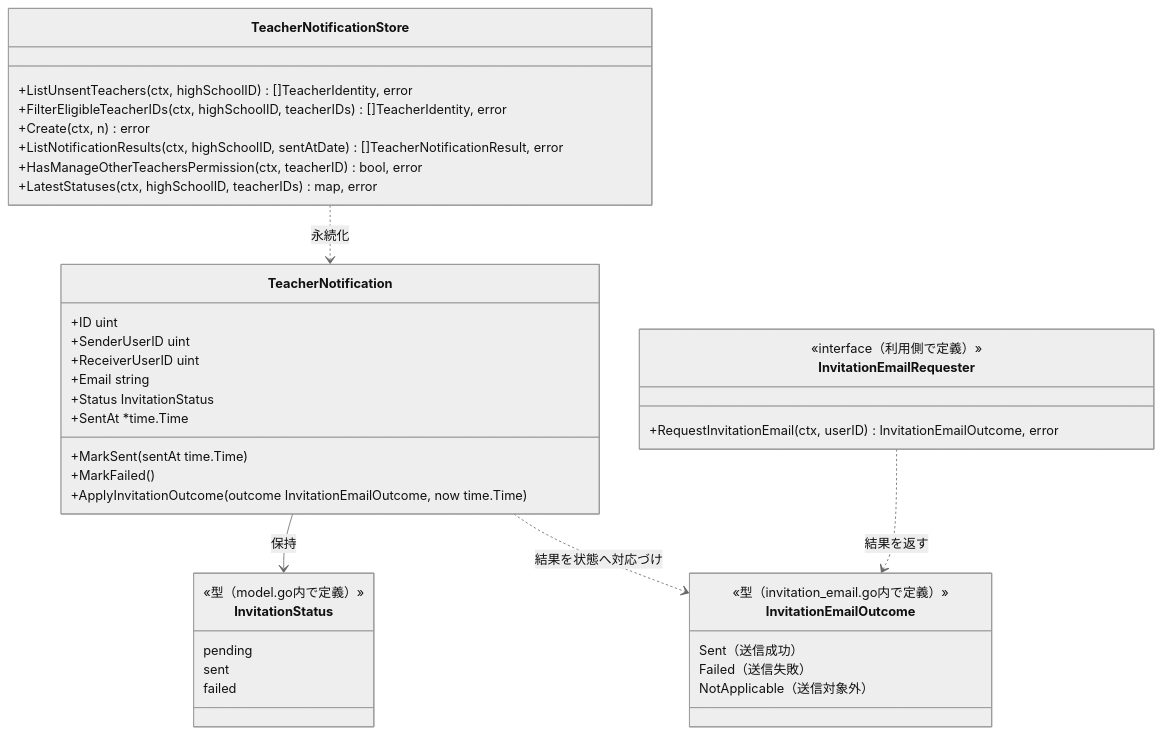
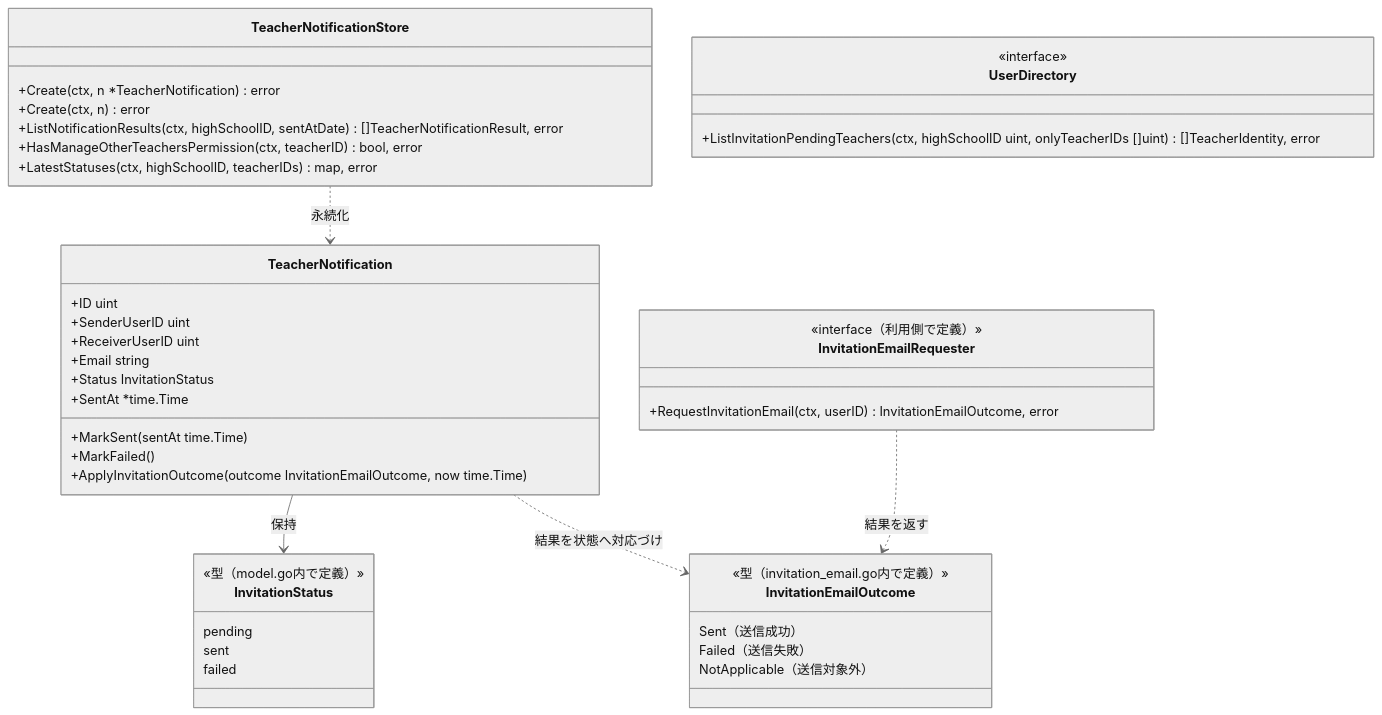
Before and after one commit to yuta20253/edu-platform-go-design: the first of 2 diagrams in 計画書/Go実装仕様書/教員招待通知機能_Go実装仕様書.md, drawn with Mermaid (neutral theme). The commit also changed other lines of this file and 3 other files, not shown here.

````diff
--- a/計画書/Go実装仕様書/教員招待通知機能_Go実装仕様書.md
+++ b/計画書/Go実装仕様書/教員招待通知機能_Go実装仕様書.md
@@ -119,43 +121,46 @@
 ```mermaid
 classDiagram
     class TeacherNotification {
       +ID uint
       +SenderUserID uint
       +ReceiverUserID uint
       +Email string
       +Status InvitationStatus
       +SentAt *time.Time
       +MarkSent(sentAt time.Time)
       +MarkFailed()
       +ApplyInvitationOutcome(outcome InvitationEmailOutcome, now time.Time)
     }
     class InvitationStatus {
       <<型（model.go内で定義）>>
       pending
       sent
       failed
     }
     class InvitationEmailOutcome {
       <<型（invitation_email.go内で定義）>>
       Sent（送信成功）
       Failed（送信失敗）
       NotApplicable（送信対象外）
     }
     class InvitationEmailRequester {
       <<interface（利用側で定義）>>
       +RequestInvitationEmail(ctx, userID) InvitationEmailOutcome, error
     }
     class TeacherNotificationStore {
-      +ListUnsentTeachers(ctx, highSchoolID) []TeacherIdentity, error
-      +FilterEligibleTeacherIDs(ctx, highSchoolID, teacherIDs) []TeacherIdentity, error
+      +Create(ctx, n *TeacherNotification) error
       +Create(ctx, n) error
       +ListNotificationResults(ctx, highSchoolID, sentAtDate) []TeacherNotificationResult, error
       +HasManageOtherTeachersPermission(ctx, teacherID) bool, error
       +LatestStatuses(ctx, highSchoolID, teacherIDs) map, error
+    }
+    class UserDirectory {
+      <<interface>>
+      +ListInvitationPendingTeachers(ctx, highSchoolID uint, onlyTeacherIDs []uint) []TeacherIdentity, error
     }
 
     TeacherNotification --> InvitationStatus : 保持
     TeacherNotification ..> InvitationEmailOutcome : 結果を状態へ対応づけ
     TeacherNotificationStore ..> TeacherNotification : 永続化
     InvitationEmailRequester ..> InvitationEmailOutcome : 結果を返す
 ```
````
